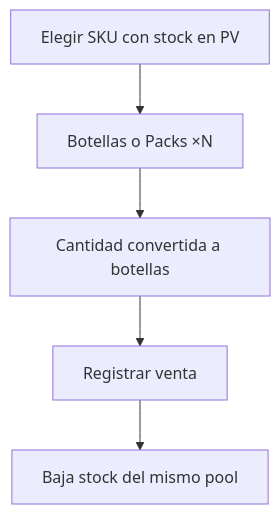
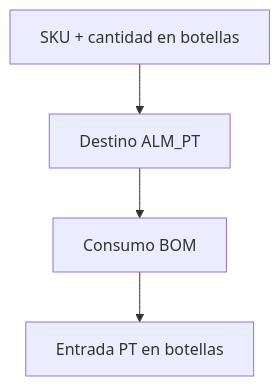
One commit to viziasac/web_bodegasantamaria changed the fourth of 5 diagrams in docs/01_manual_usuario_cliente_web.md. Above: the diagram before and after it, drawn with Mermaid. The commit also changed other lines of this file and 8 other files, not shown here.

````diff
--- a/docs/01_manual_usuario_cliente_web.md
+++ b/docs/01_manual_usuario_cliente_web.md
@@ -268,7 +173,6 @@
 ```mermaid
 flowchart TD
-  A[Elegir SKU con stock en PV] --> B[Botellas o Packs ×N]
-  B --> C[Cantidad convertida a botellas]
-  C --> D[Registrar venta]
-  D --> E[Baja stock del mismo pool]
+  A[SKU + cantidad en botellas] --> B[Destino ALM_PT]
+  B --> C[Consumo BOM]
+  C --> D[Entrada PT en botellas]
 ```
````
